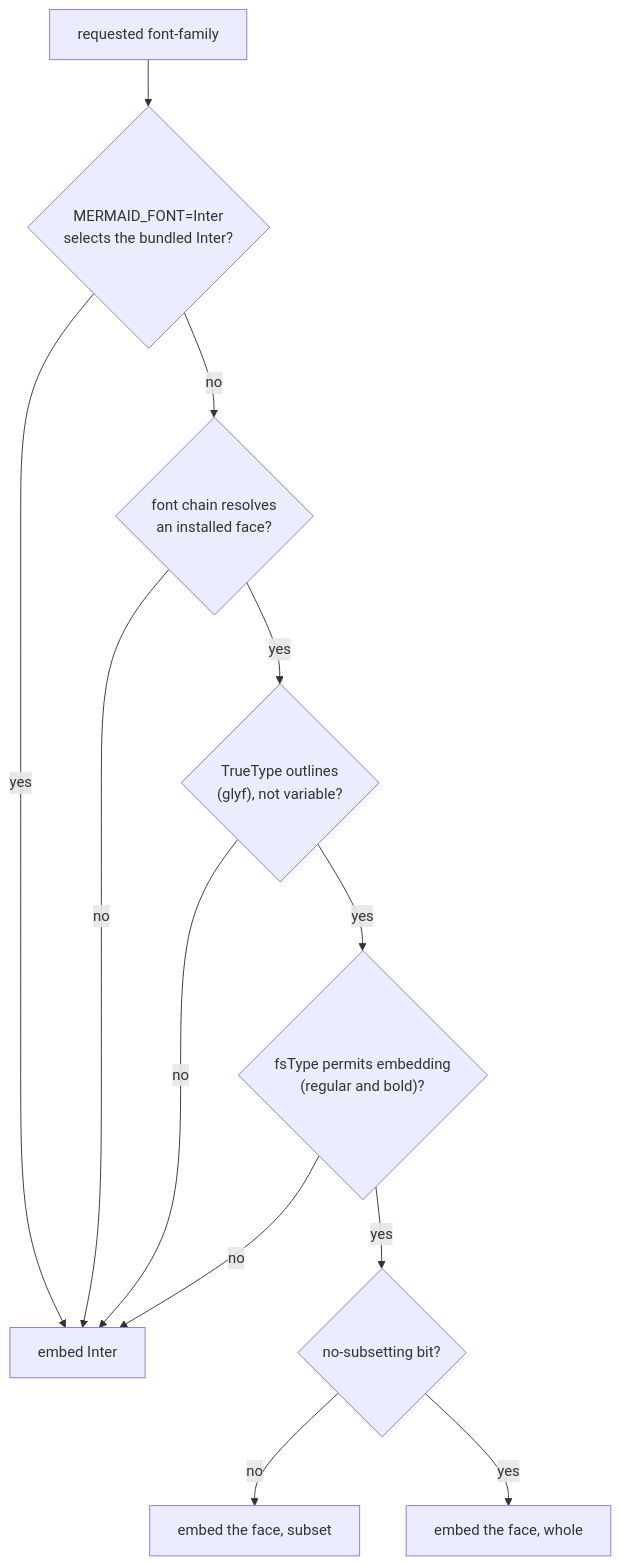
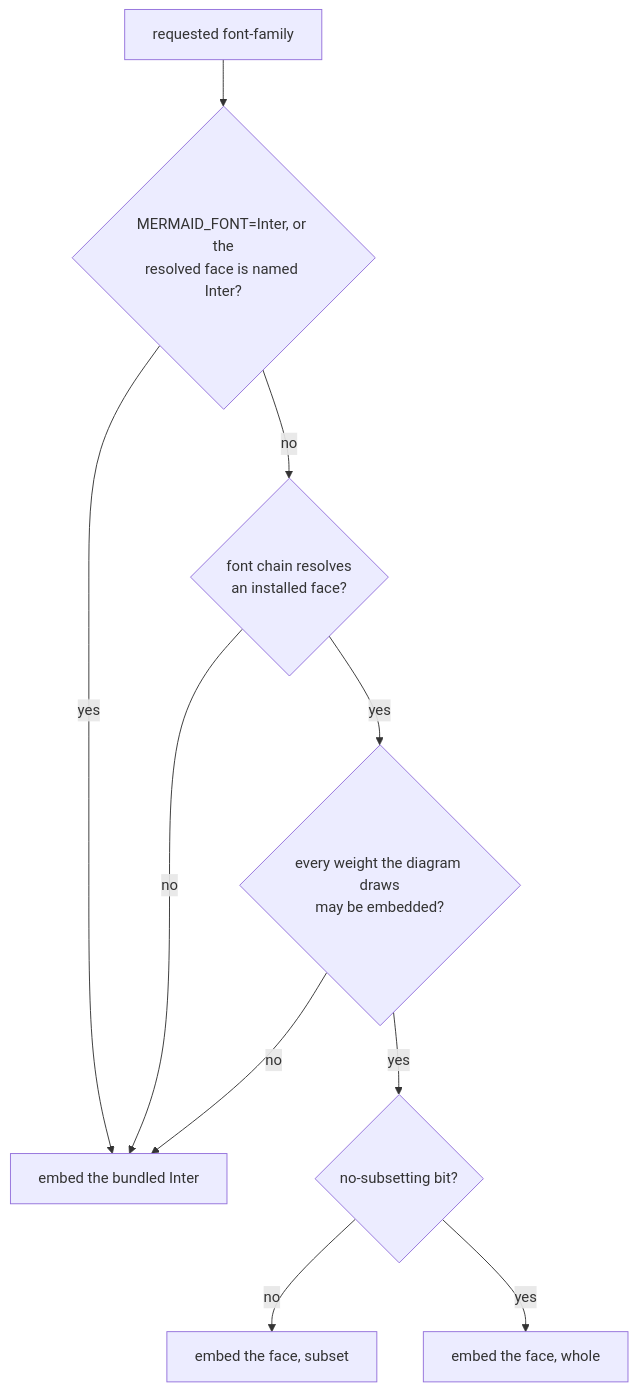
The diagram in biscuit-visualized/docs/mermaid-embedded-font.md (yankeeinlondon/rusty-biscuit), drawn with Mermaid before and after one commit. The commit also changed other lines of this file and 21 other files, not shown here.

````diff
--- a/biscuit-visualized/docs/mermaid-embedded-font.md
+++ b/biscuit-visualized/docs/mermaid-embedded-font.md
@@ -128,14 +128,12 @@
 ```mermaid
 flowchart TD
-    R["requested font-family"] --> M{"MERMAID_FONT=Inter<br/>selects the bundled Inter?"}
-    M -->|yes| I["embed Inter"]
+    R["requested font-family"] --> M{"MERMAID_FONT=Inter, or the<br/>resolved face is named Inter?"}
+    M -->|yes| I["embed the bundled Inter"]
     M -->|no| C{"font chain resolves<br/>an installed face?"}
     C -->|no| I
-    C -->|yes| O{"TrueType outlines<br/>(glyf), not variable?"}
-    O -->|no| I
-    O -->|yes| P{"fsType permits embedding<br/>(regular and bold)?"}
+    C -->|yes| P{"every weight the diagram draws<br/>may be embedded?"}
     P -->|no| I
     P -->|yes| S{"no-subsetting bit?"}
     S -->|no| F["embed the face, subset"]
     S -->|yes| W["embed the face, whole"]
 ```
````
